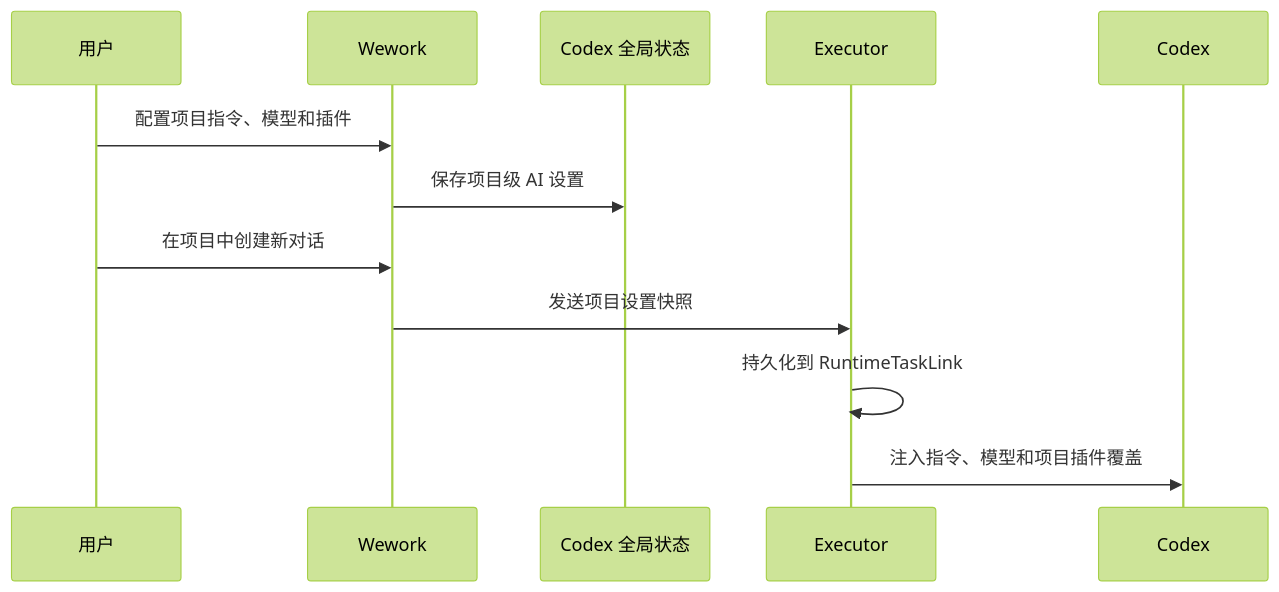
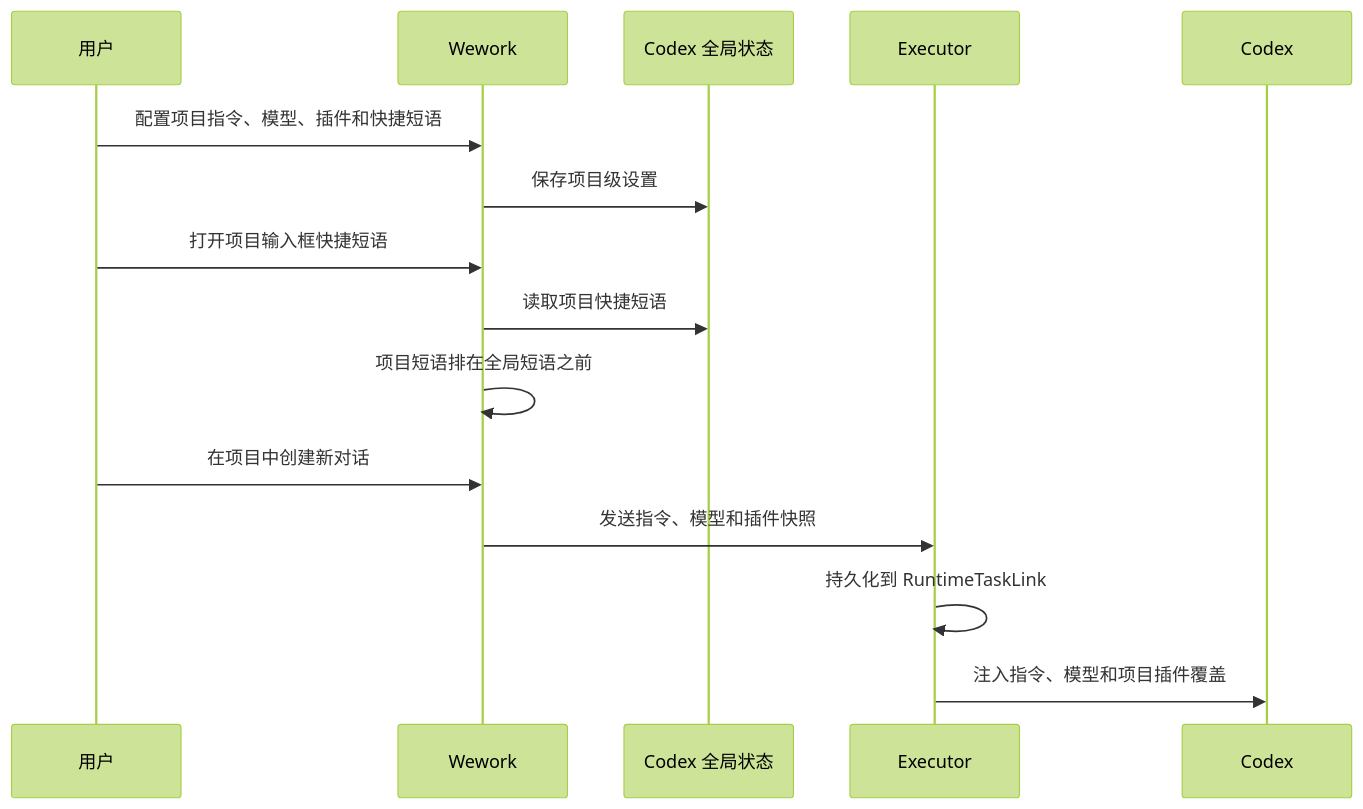
One commit to wecode-ai/Wegent changed the fifth of 5 diagrams in docs/zh/wegent/developer-guide/architecture.md. Above: the diagram before and after it, drawn with Mermaid (forest theme). The commit also changed other lines of this file and 20 other files, not shown here.

````diff
--- a/docs/zh/wegent/developer-guide/architecture.md
+++ b/docs/zh/wegent/developer-guide/architecture.md
@@ -630,15 +631,18 @@
 ```mermaid
 sequenceDiagram
     participant User as 用户
     participant Wework as Wework
     participant State as Codex 全局状态
     participant Executor as Executor
     participant Codex as Codex
 
-    User->>Wework: 配置项目指令、模型和插件
-    Wework->>State: 保存项目级 AI 设置
+    User->>Wework: 配置项目指令、模型、插件和快捷短语
+    Wework->>State: 保存项目级设置
+    User->>Wework: 打开项目输入框快捷短语
+    Wework->>State: 读取项目快捷短语
+    Wework->>Wework: 项目短语排在全局短语之前
     User->>Wework: 在项目中创建新对话
-    Wework->>Executor: 发送项目设置快照
+    Wework->>Executor: 发送指令、模型和插件快照
     Executor->>Executor: 持久化到 RuntimeTaskLink
     Executor->>Codex: 注入指令、模型和项目插件覆盖
 ```
````
